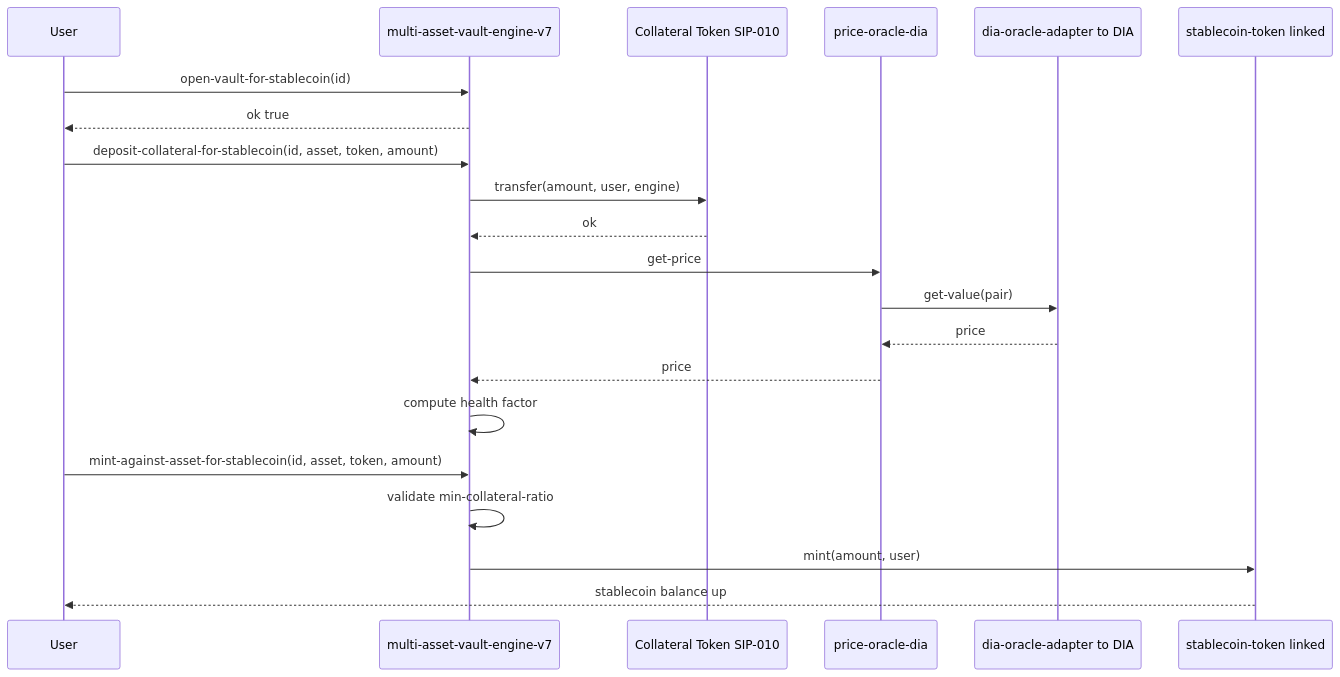
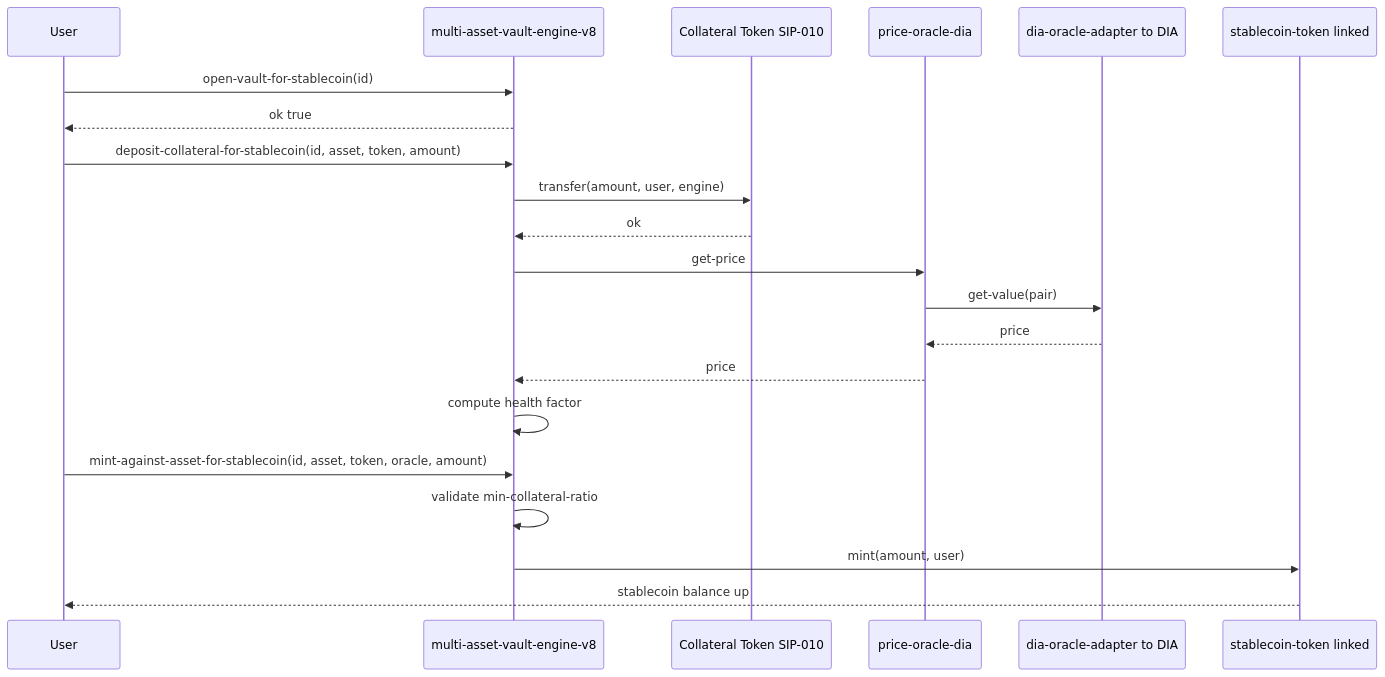
The fourth of 8 diagrams in docs/getting_started.md (yehia67/stacks-stablecoin-engine), drawn with Mermaid before and after one commit. The commit also changed other lines of this file and 1 other file, not shown here.

First line of the commit message:
docs: update README and getting_started to reflect v8 trait-based oracle upgrade on mainnet and testnet (#75)

````diff
--- a/docs/getting_started.md
+++ b/docs/getting_started.md
@@ -138,24 +140,24 @@
 ```mermaid
 sequenceDiagram
   participant U as User
-  participant VE as multi-asset-vault-engine-v7
+  participant VE as multi-asset-vault-engine-v8
   participant CT as Collateral Token SIP-010
   participant OR as price-oracle-dia
   participant DIA as dia-oracle-adapter to DIA
   participant ST as stablecoin-token linked
 
   U->>VE: open-vault-for-stablecoin(id)
   VE-->>U: ok true
   U->>VE: deposit-collateral-for-stablecoin(id, asset, token, amount)
   VE->>CT: transfer(amount, user, engine)
   CT-->>VE: ok
   VE->>OR: get-price
   OR->>DIA: get-value(pair)
   DIA-->>OR: price
   OR-->>VE: price
   VE->>VE: compute health factor
-  U->>VE: mint-against-asset-for-stablecoin(id, asset, token, amount)
+  U->>VE: mint-against-asset-for-stablecoin(id, asset, token, oracle, amount)
   VE->>VE: validate min-collateral-ratio
   VE->>ST: mint(amount, user)
   ST-->>U: stablecoin balance up
 ```
````
